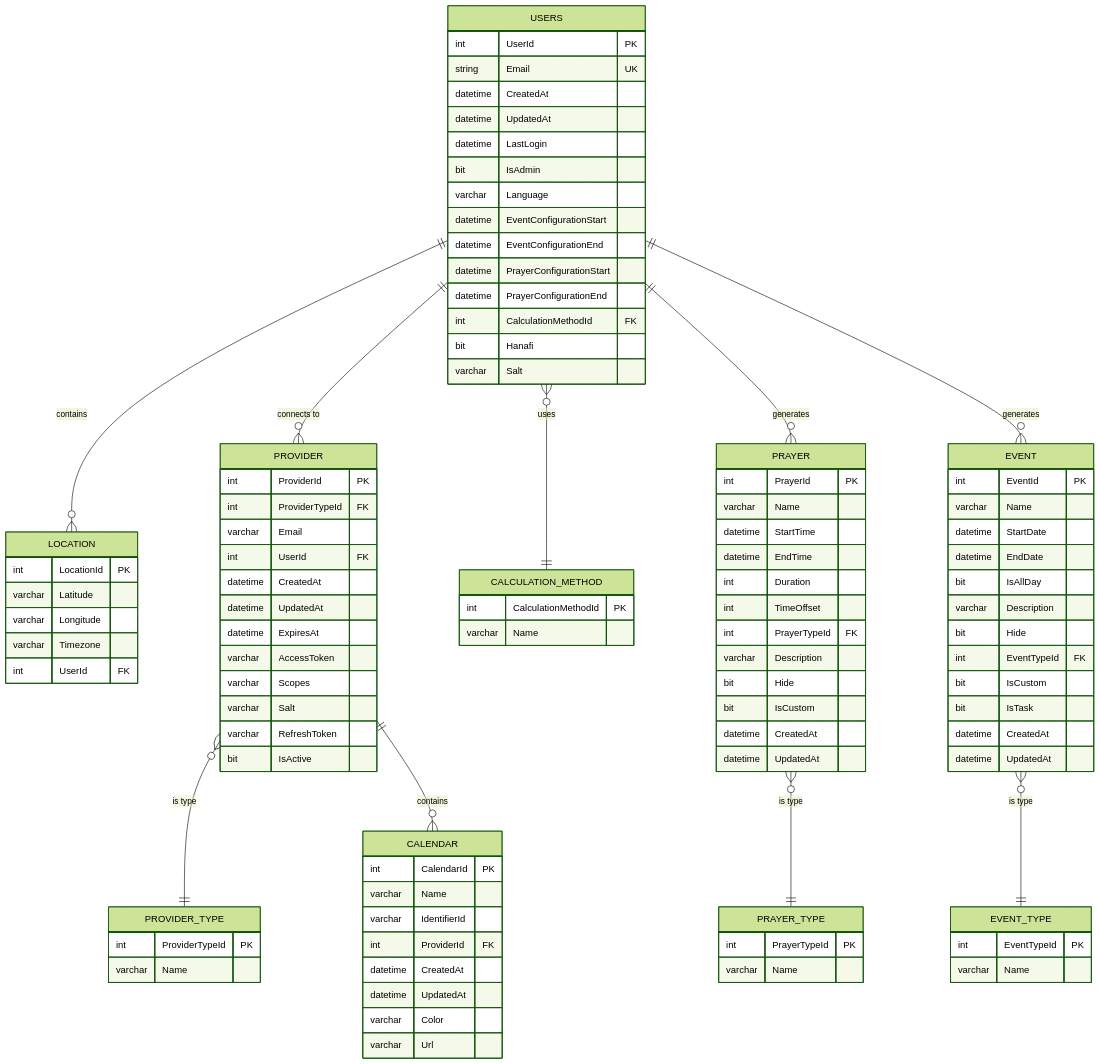
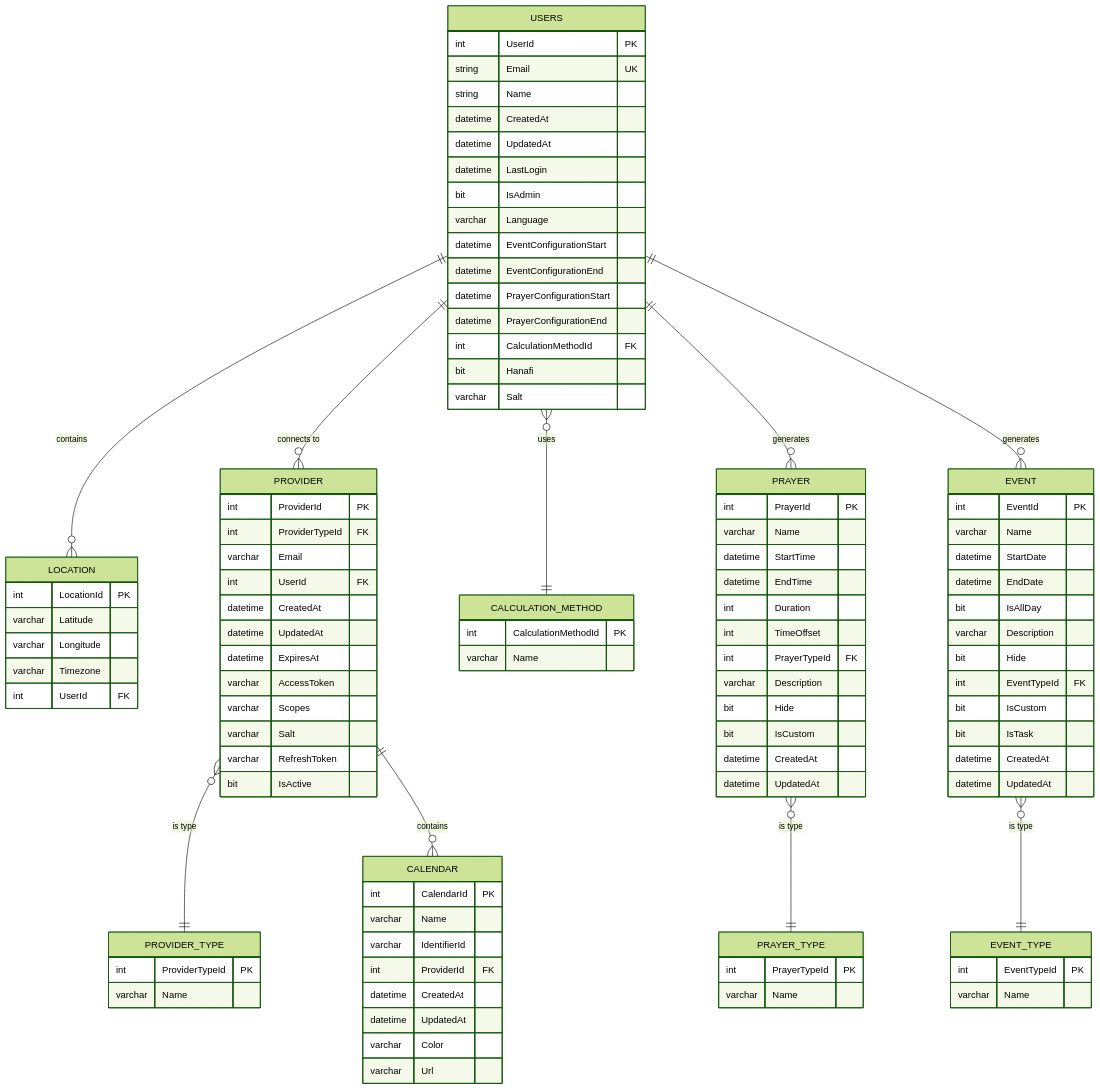
One commit to mdw223/Islamic-Calendar-Sync changed the diagram in _wiki/entity_overview_and_design.md. Above: the diagram before and after it, drawn with Mermaid (forest theme). The commit also changed 36 other files, not shown here.

```diff
--- a/_wiki/entity_overview_and_design.md
+++ b/_wiki/entity_overview_and_design.md
@@ -70,6 +70,7 @@
     USERS {
         int UserId PK
         string Email UK
+        string Name
         datetime CreatedAt
         datetime UpdatedAt
         datetime LastLogin
```
